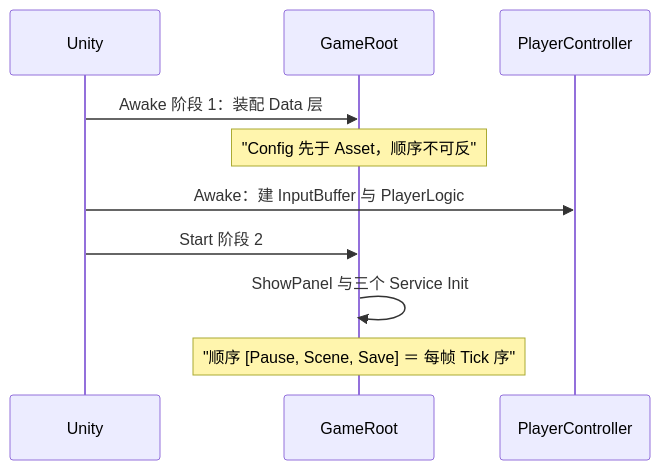
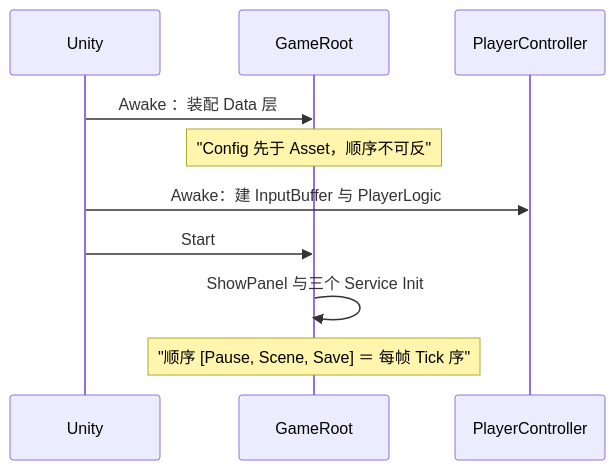
One commit to 5FYZhou/deepseaoil changed the third of 3 diagrams in Docs/框架蓝图.md. Above: the diagram before and after it, drawn with Mermaid. The commit also changed other lines of this file and 6 other files, not shown here.

````diff
--- a/Docs/框架蓝图.md
+++ b/Docs/框架蓝图.md
@@ -102,12 +60,12 @@
 ```mermaid
 sequenceDiagram
     participant U as Unity
     participant GR as GameRoot
     participant PC as PlayerController
-    U->>GR: Awake 阶段 1：装配 Data 层
+    U->>GR: Awake ：装配 Data 层
     Note over GR: "Config 先于 Asset，顺序不可反"
     U->>PC: Awake：建 InputBuffer 与 PlayerLogic
-    U->>GR: Start 阶段 2
+    U->>GR: Start 
     GR->>GR: ShowPanel 与三个 Service Init
     Note over GR: "顺序 [Pause, Scene, Save] ＝ 每帧 Tick 序"
 ```
````
